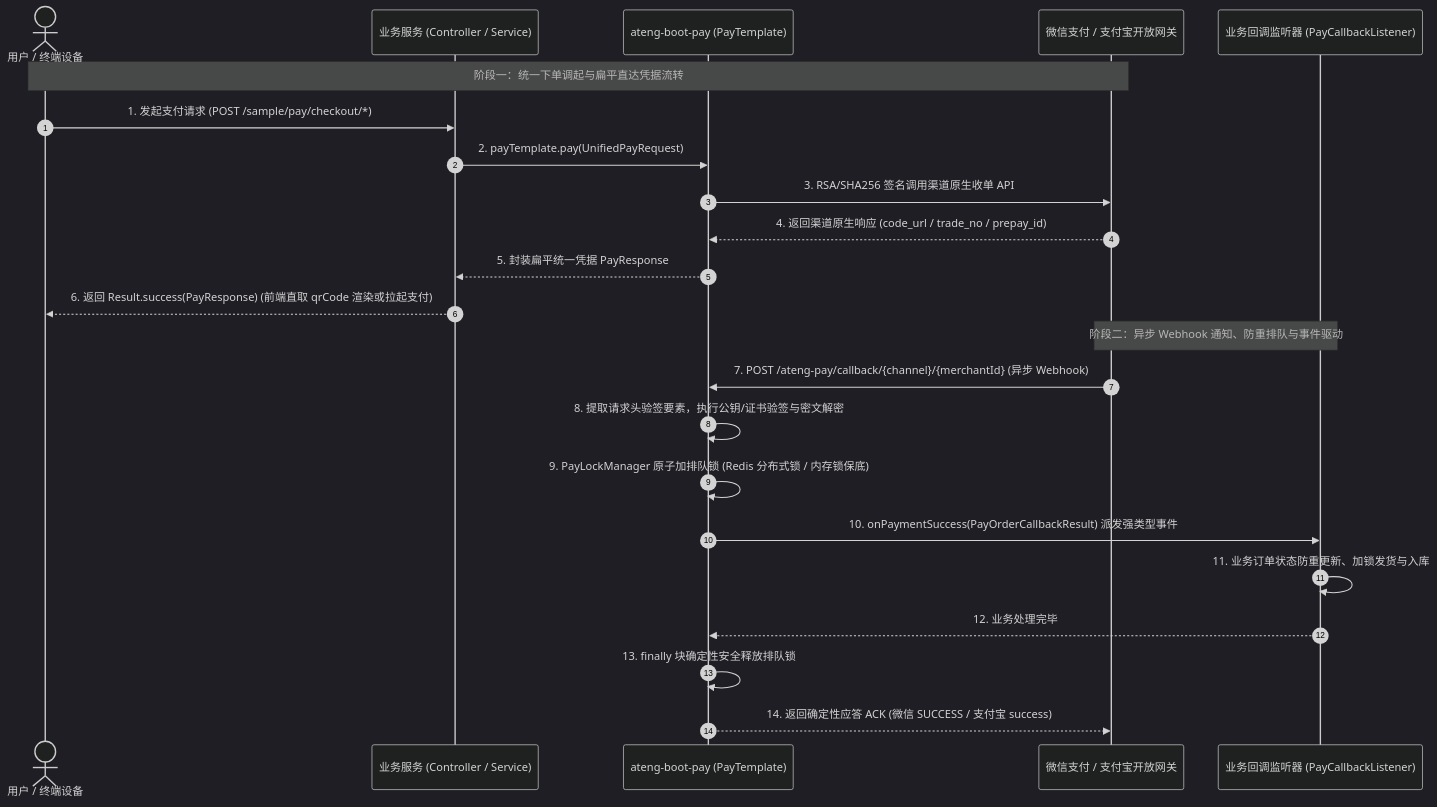
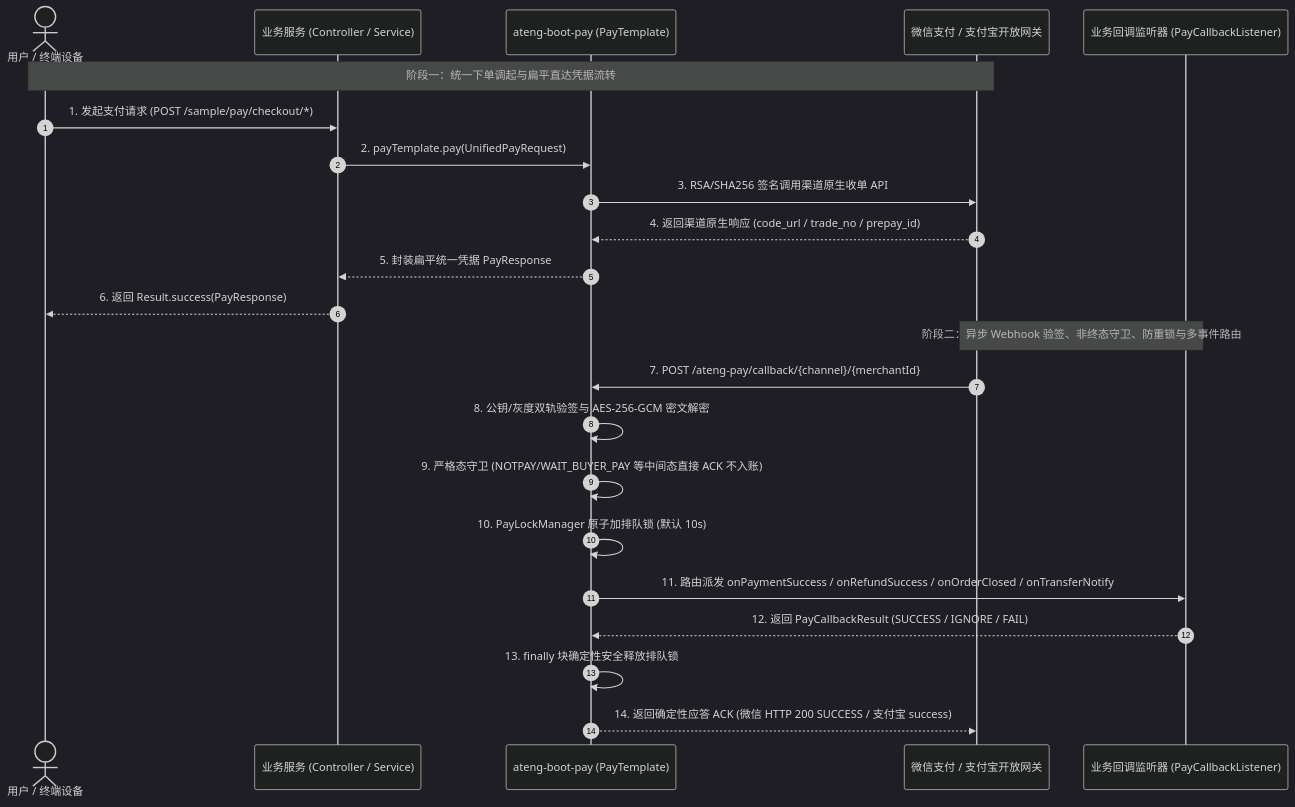
The second of 2 diagrams in ateng-boot-pay/README.md (atengk/ateng-boot), drawn with Mermaid (dark theme) before and after one commit. The commit also changed other lines of this file and 6 other files, not shown here.

````diff
--- a/ateng-boot-pay/README.md
+++ b/ateng-boot-pay/README.md
@@ -177,27 +188,27 @@
 ```mermaid
 sequenceDiagram
     autonumber
     actor User as 用户 / 终端设备
     participant Biz as 业务服务 (Controller / Service)
     participant Core as ateng-boot-pay (PayTemplate)
     participant Channel as 微信支付 / 支付宝开放网关
     participant SPI as 业务回调监听器 (PayCallbackListener)
 
     Note over User, Channel: 阶段一：统一下单调起与扁平直达凭据流转
     User->>Biz: 1. 发起支付请求 (POST /sample/pay/checkout/*)
     Biz->>Core: 2. payTemplate.pay(UnifiedPayRequest)
     Core->>Channel: 3. RSA/SHA256 签名调用渠道原生收单 API
     Channel-->>Core: 4. 返回渠道原生响应 (code_url / trade_no / prepay_id)
     Core-->>Biz: 5. 封装扁平统一凭据 PayResponse
-    Biz-->>User: 6. 返回 Result.success(PayResponse) (前端直取 qrCode 渲染或拉起支付)
+    Biz-->>User: 6. 返回 Result.success(PayResponse)
 
-    Note over Channel, SPI: 阶段二：异步 Webhook 通知、防重排队与事件驱动
-    Channel->>Core: 7. POST /ateng-pay/callback/{channel}/{merchantId} (异步 Webhook)
-    Core->>Core: 8. 提取请求头验签要素，执行公钥/证书验签与密文解密
-    Core->>Core: 9. PayLockManager 原子加排队锁 (Redis 分布式锁 / 内存锁保底)
-    Core->>SPI: 10. onPaymentSuccess(PayOrderCallbackResult) 派发强类型事件
-    SPI->>SPI: 11. 业务订单状态防重更新、加锁发货与入库
-    SPI-->>Core: 12. 业务处理完毕
+    Note over Channel, SPI: 阶段二：异步 Webhook 验签、非终态守卫、防重锁与多事件路由
+    Channel->>Core: 7. POST /ateng-pay/callback/{channel}/{merchantId}
+    Core->>Core: 8. 公钥/灰度双轨验签与 AES-256-GCM 密文解密
+    Core->>Core: 9. 严格态守卫 (NOTPAY/WAIT_BUYER_PAY 等中间态直接 ACK 不入账)
+    Core->>Core: 10. PayLockManager 原子加排队锁 (默认 10s)
+    Core->>SPI: 11. 路由派发 onPaymentSuccess / onRefundSuccess / onOrderClosed / onTransferNotify
+    SPI-->>Core: 12. 返回 PayCallbackResult (SUCCESS / IGNORE / FAIL)
     Core->>Core: 13. finally 块确定性安全释放排队锁
-    Core-->>Channel: 14. 返回确定性应答 ACK (微信 SUCCESS / 支付宝 success)
+    Core-->>Channel: 14. 返回确定性应答 ACK (微信 HTTP 200 SUCCESS / 支付宝 success)
 ```
````
